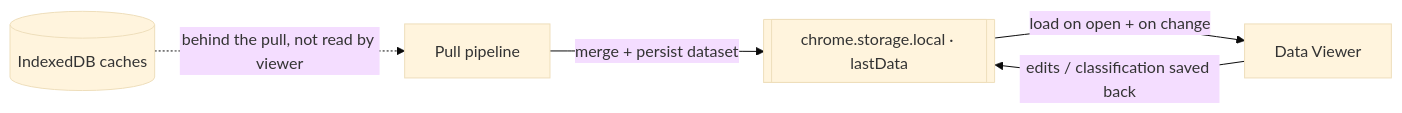
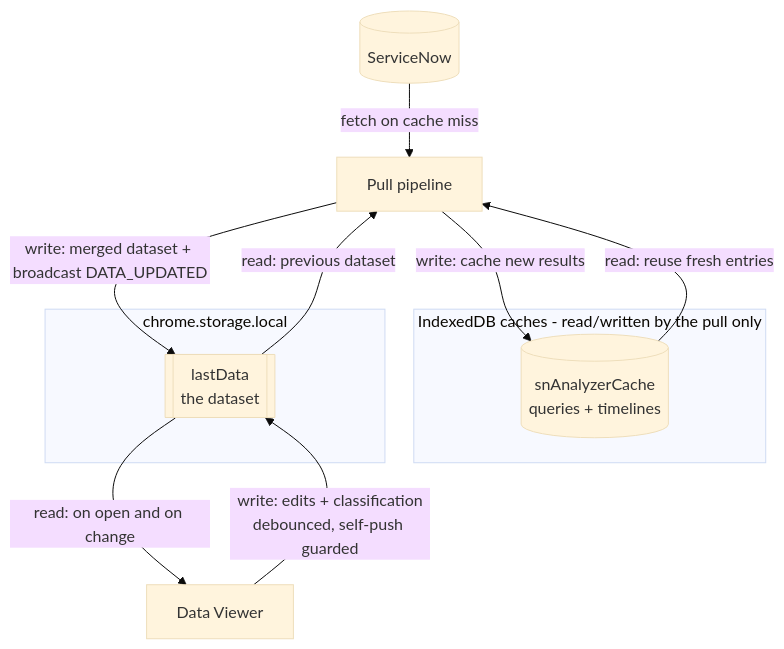
Before and after one commit to Abbas-Nagoor-Kani-BA/Autonomous-Reports-Engine: the diagram in wiki/Data-Viewer.md, drawn with Mermaid (base theme). The commit also changed other lines of this file, not shown here.

First line of the commit message:
docs(wiki): make the Data Viewer data-flow diagram precise

````diff
--- a/wiki/Data-Viewer.md
+++ b/wiki/Data-Viewer.md
@@ -13,7 +13,21 @@
 ```mermaid
-flowchart LR
-    PULL[Pull pipeline] -->|merge + persist dataset| LS[[chrome.storage.local · lastData]]
-    LS -->|load on open + on change| VIEW[Data Viewer]
-    VIEW -->|edits / classification saved back| LS
-    CACHE[(IndexedDB caches)] -.behind the pull, not read by viewer.-> PULL
+flowchart TD
+    SN[(ServiceNow)]
+
+    subgraph IDB[IndexedDB caches - read/written by the pull only]
+        QC[(snAnalyzerCache<br/>queries + timelines)]
+    end
+
+    subgraph LOCAL[chrome.storage.local]
+        LD[[lastData<br/>the dataset]]
+    end
+
+    SN -->|fetch on cache miss| PULL[Pull pipeline]
+    QC -->|read: reuse fresh entries| PULL
+    PULL -->|write: cache new results| QC
+    LD -->|read: previous dataset| PULL
+    PULL -->|write: merged dataset + broadcast DATA_UPDATED| LD
+
+    LD -->|read: on open and on change| VIEW[Data Viewer]
+    VIEW -->|write: edits + classification<br/>debounced, self-push guarded| LD
 ```
````
